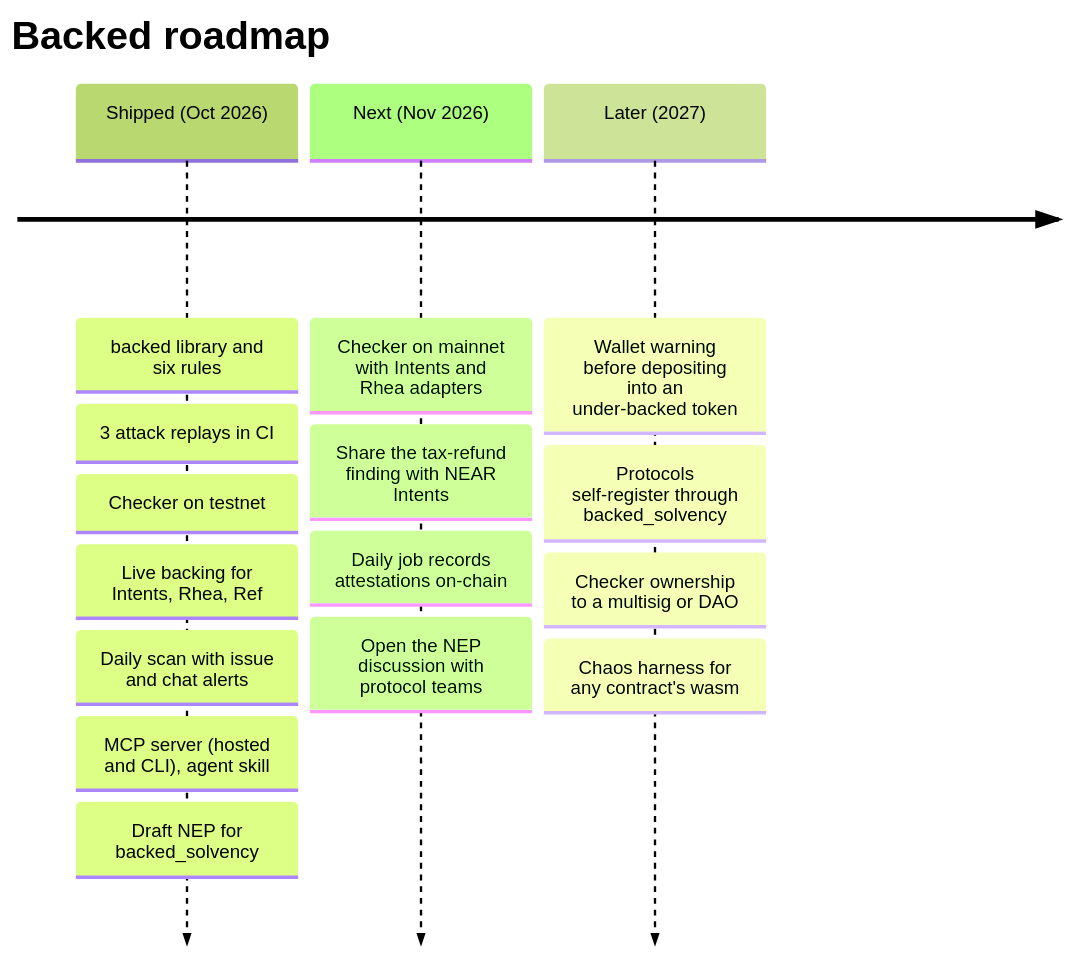
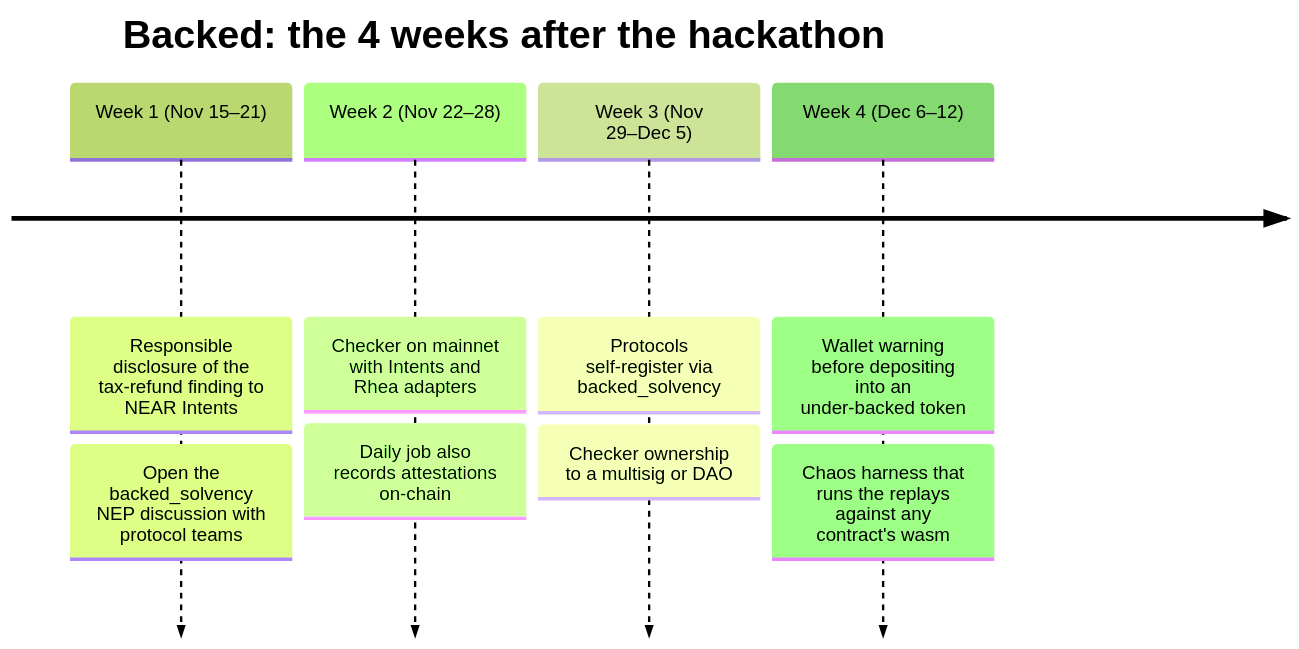
Before and after one commit to rohan911438/Backed: diagram 12 of 12 in README.md, drawn with Mermaid (forest theme). The commit also changed other lines of this file and 11 other files, not shown here.

````diff
--- a/README.md
+++ b/README.md
@@ -614,19 +660,12 @@
 ```mermaid
 timeline
-    title Backed roadmap
-    Shipped (Oct 2026) : backed library and six rules
-                       : 3 attack replays in CI
-                       : Checker on testnet
-                       : Live backing for Intents, Rhea, Ref
-                       : Daily scan with issue and chat alerts
-                       : MCP server (hosted and CLI), agent skill
-                       : Draft NEP for backed_solvency
-    Next (Nov 2026)    : Checker on mainnet with Intents and Rhea adapters
-                       : Share the tax-refund finding with NEAR Intents
-                       : Daily job records attestations on-chain
-                       : Open the NEP discussion with protocol teams
-    Later (2027)       : Wallet warning before depositing into an under-backed token
-                       : Protocols self-register through backed_solvency
-                       : Checker ownership to a multisig or DAO
-                       : Chaos harness for any contract's wasm
+    title Backed: the 4 weeks after the hackathon
+    Week 1 (Nov 15–21)    : Responsible disclosure of the tax-refund finding to NEAR Intents
+                          : Open the backed_solvency NEP discussion with protocol teams
+    Week 2 (Nov 22–28)    : Checker on mainnet with Intents and Rhea adapters
+                          : Daily job also records attestations on-chain
+    Week 3 (Nov 29–Dec 5) : Protocols self-register via backed_solvency
+                          : Checker ownership to a multisig or DAO
+    Week 4 (Dec 6–12)     : Wallet warning before depositing into an under-backed token
+                          : Chaos harness that runs the replays against any contract's wasm
 ```
````
